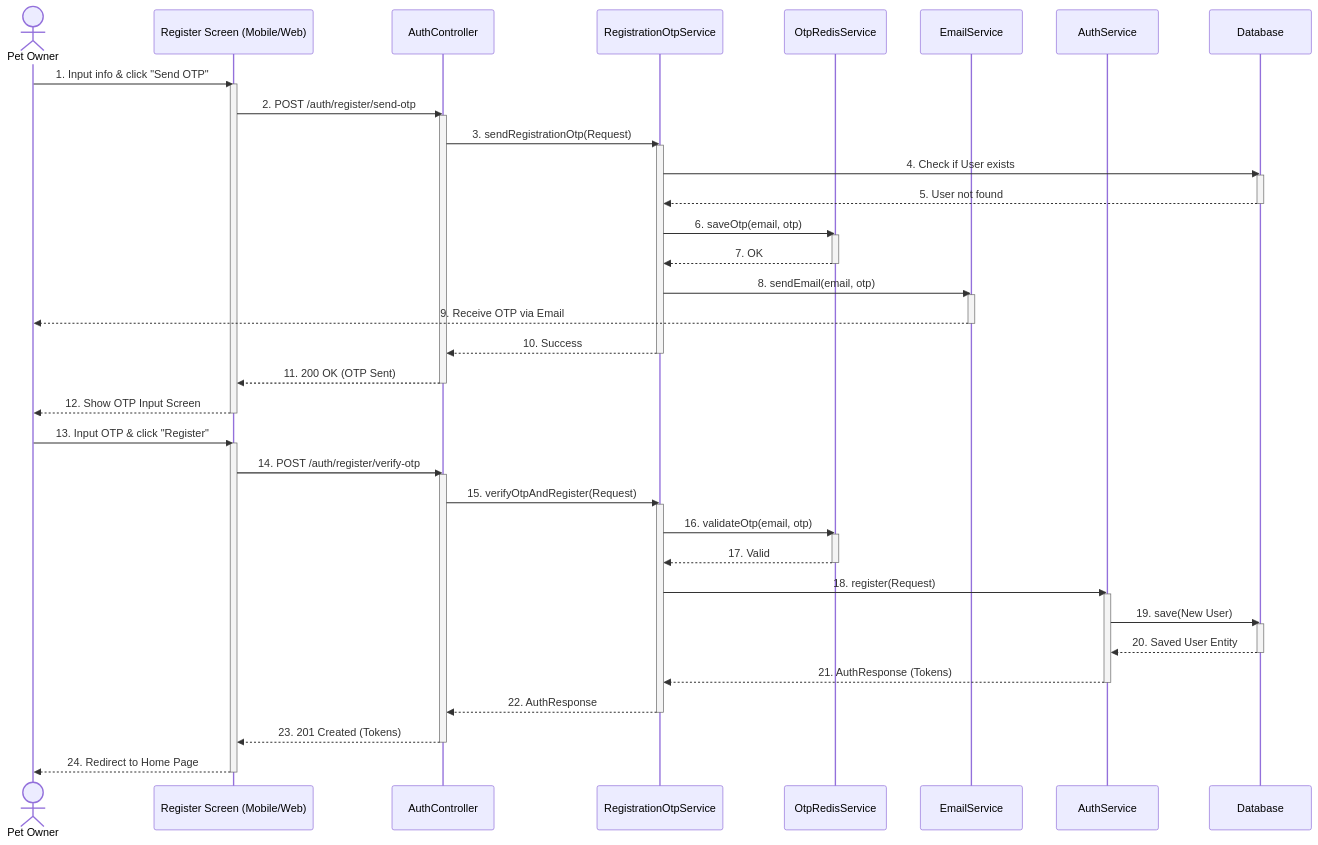
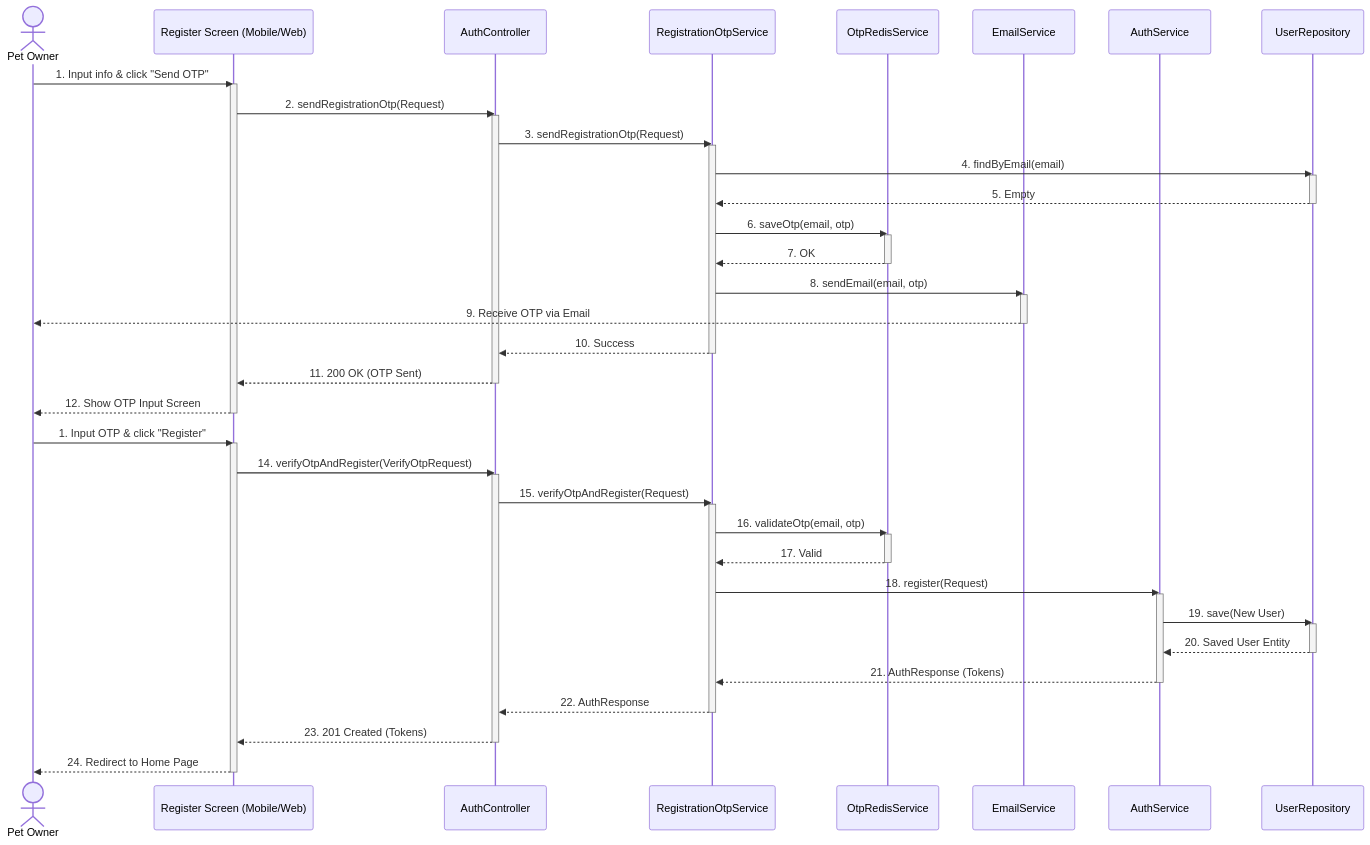
Before and after one commit to espresso23/Petties-Veterinary-Appointment-Booking-Platform: the seventh of 40 diagrams in docs-references/documentation/SDD/REPORT_4_SDD_SYSTEM_DESIGN.md, drawn with Mermaid. The commit also changed other lines of this file and 132 other files, not shown here.

````diff
--- a/docs-references/documentation/SDD/REPORT_4_SDD_SYSTEM_DESIGN.md
+++ b/docs-references/documentation/SDD/REPORT_4_SDD_SYSTEM_DESIGN.md
@@ -817,61 +886,61 @@
 ```mermaid
 sequenceDiagram
     actor User as Pet Owner
     participant UI as Register Screen (Mobile/Web)
     participant AC as AuthController
     participant ROS as RegistrationOtpService
     participant ORS as OtpRedisService
     participant ES as EmailService
     participant AS as AuthService
-    participant DB as Database
+    participant UR as UserRepository
 
     User->>UI: 1. Input info & click "Send OTP"
     activate UI
-    UI->>AC: 2. POST /auth/register/send-otp
+    UI->>AC: 2. sendRegistrationOtp(Request)
     activate AC
     AC->>ROS: 3. sendRegistrationOtp(Request)
     activate ROS
-    ROS->>DB: 4. Check if User exists
-    activate DB
-    DB-->>ROS: 5. User not found
-    deactivate DB
+    ROS->>UR: 4. findByEmail(email)
+    activate UR
+    UR-->>ROS: 5. Empty
+    deactivate UR
     ROS->>ORS: 6. saveOtp(email, otp)
     activate ORS
     ORS-->>ROS: 7. OK
     deactivate ORS
     ROS->>ES: 8. sendEmail(email, otp)
     activate ES
     ES-->>User: 9. Receive OTP via Email
     deactivate ES
     ROS-->>AC: 10. Success
     deactivate ROS
     AC-->>UI: 11. 200 OK (OTP Sent)
     deactivate AC
     UI-->>User: 12. Show OTP Input Screen
     deactivate UI
 
-    User->>UI: 13. Input OTP & click "Register"
+    User->>UI: 1. Input OTP & click "Register"
     activate UI
-    UI->>AC: 14. POST /auth/register/verify-otp
+    UI->>AC: 14. verifyOtpAndRegister(VerifyOtpRequest)
     activate AC
     AC->>ROS: 15. verifyOtpAndRegister(Request)
     activate ROS
     ROS->>ORS: 16. validateOtp(email, otp)
     activate ORS
     ORS-->>ROS: 17. Valid
     deactivate ORS
     ROS->>AS: 18. register(Request)
     activate AS
-    AS->>DB: 19. save(New User)
-    activate DB
-    DB-->>AS: 20. Saved User Entity
-    deactivate DB
+    AS->>UR: 19. save(New User)
+    activate UR
+    UR-->>AS: 20. Saved User Entity
+    deactivate UR
     AS-->>ROS: 21. AuthResponse (Tokens)
     deactivate AS
     ROS-->>AC: 22. AuthResponse
     deactivate ROS
     AC-->>UI: 23. 201 Created (Tokens)
     deactivate AC
     UI-->>User: 24. Redirect to Home Page
     deactivate UI
 ```
````
